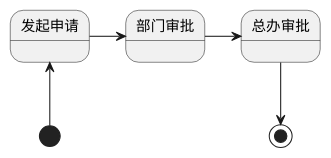
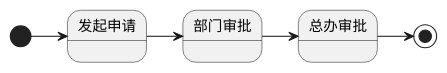
One commit to nemoworks/enkrinojs changed the diagram in docs/diagrams/flow1.puml. Above: the diagram before and after it, drawn with PlantUML. The commit also changed 1 other file, not shown here.

```diff
--- a/docs/diagrams/flow1.puml
+++ b/docs/diagrams/flow1.puml
@@ -1,6 +1,10 @@
 @startuml
-[*] -up-> 发起申请
+state 发起申请
+state 部门审批
+state 总办审批
+
+[*] -right-> 发起申请
 发起申请 -right-> 部门审批
 部门审批 -right-> 总办审批
-总办审批 -down-> [*]
+总办审批 -right-> [*]
 @enduml
```
